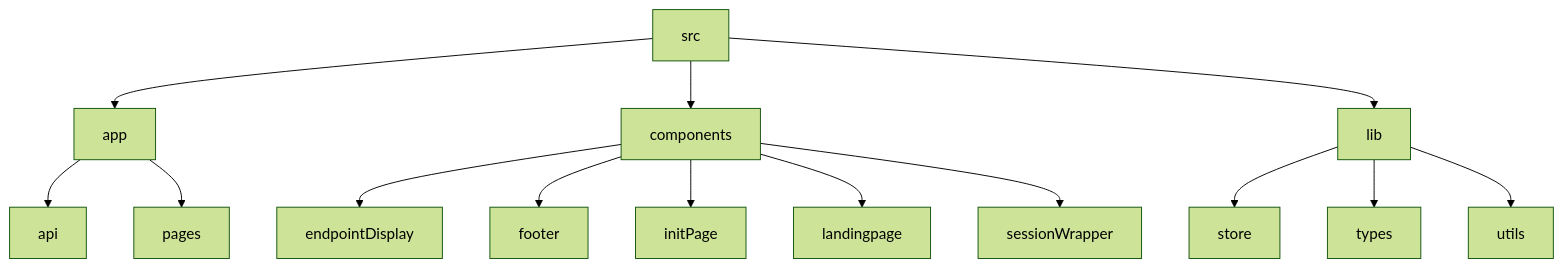
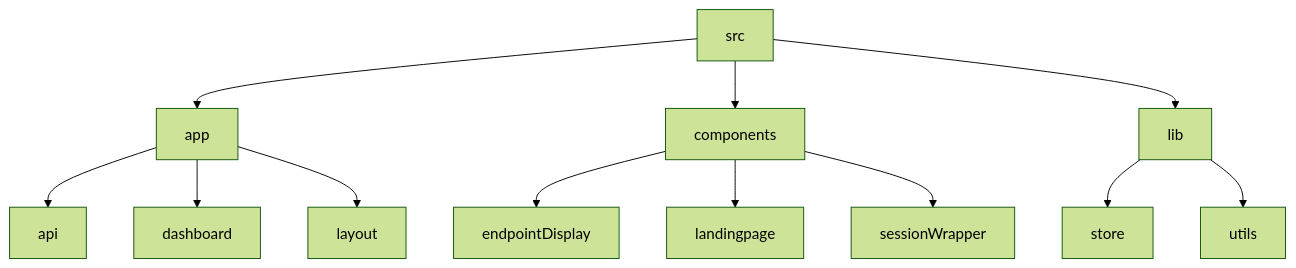
Before and after one commit to abhraneeldhar7/no-sleep-app: the diagram in README.md, drawn with Mermaid (forest theme). The commit also changed other lines of this file, not shown here.

````diff
--- a/README.md
+++ b/README.md
@@ -26,16 +26,14 @@
 ```mermaid
 graph TD;
   src-->app;
   src-->components;
   src-->lib;
   app-->api;
-  app-->pages;
+  app-->dashboard;
+  app-->layout;
   components-->endpointDisplay;
-  components-->footer;
-  components-->initPage;
   components-->landingpage;
   components-->sessionWrapper;
   lib-->store;
-  lib-->types;
   lib-->utils;
 ```
````
